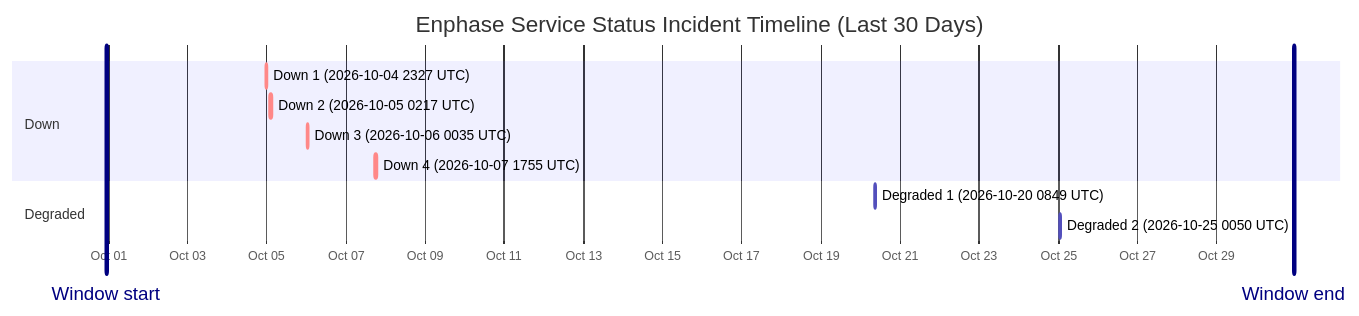
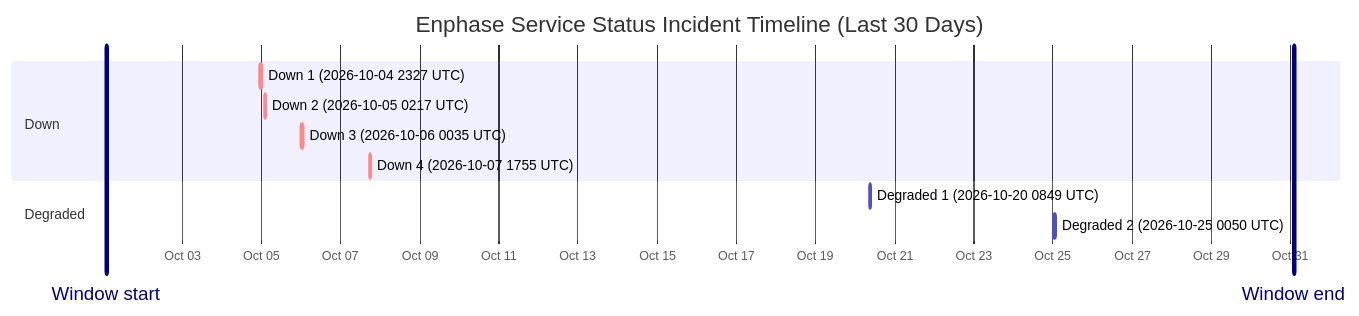
One commit to barneyonline/ha-enphase-energy changed the diagram in wiki/Service-Status-History.md. Above: the diagram before and after it, drawn with Mermaid. The commit also changed other lines of this file and 3 other files, not shown here.

````diff
--- a/wiki/Service-Status-History.md
+++ b/wiki/Service-Status-History.md
@@ -14,16 +14,16 @@
 ```mermaid
 gantt
     title Enphase Service Status Incident Timeline (Last 30 Days)
     dateFormat  YYYY-MM-DDTHH:mm:ss
     axisFormat  %b %d
-    Window start :vert, window-start, 2026-09-30T22:47:01, 0ms
-    Window end :vert, window-end, 2026-10-30T22:47:01, 0ms
+    Window start :vert, window-start, 2026-10-01T02:01:03, 0ms
+    Window end :vert, window-end, 2026-10-31T02:01:03, 0ms
     section Down
     Down 1 (2026-10-04 2327 UTC) :crit, down-1, 2026-10-04T23:27:34, 60m
     Down 2 (2026-10-05 0217 UTC) :crit, down-2, 2026-10-05T02:17:30, 60m
     Down 3 (2026-10-06 0035 UTC) :crit, down-3, 2026-10-06T00:35:21, 60m
     Down 4 (2026-10-07 1755 UTC) :crit, down-4, 2026-10-07T17:55:16, 60m
     section Degraded
     Degraded 1 (2026-10-20 0849 UTC) :active, degraded-1, 2026-10-20T08:49:49, 60m
     Degraded 2 (2026-10-25 0050 UTC) :active, degraded-2, 2026-10-25T00:50:01, 60m
 ```
````
